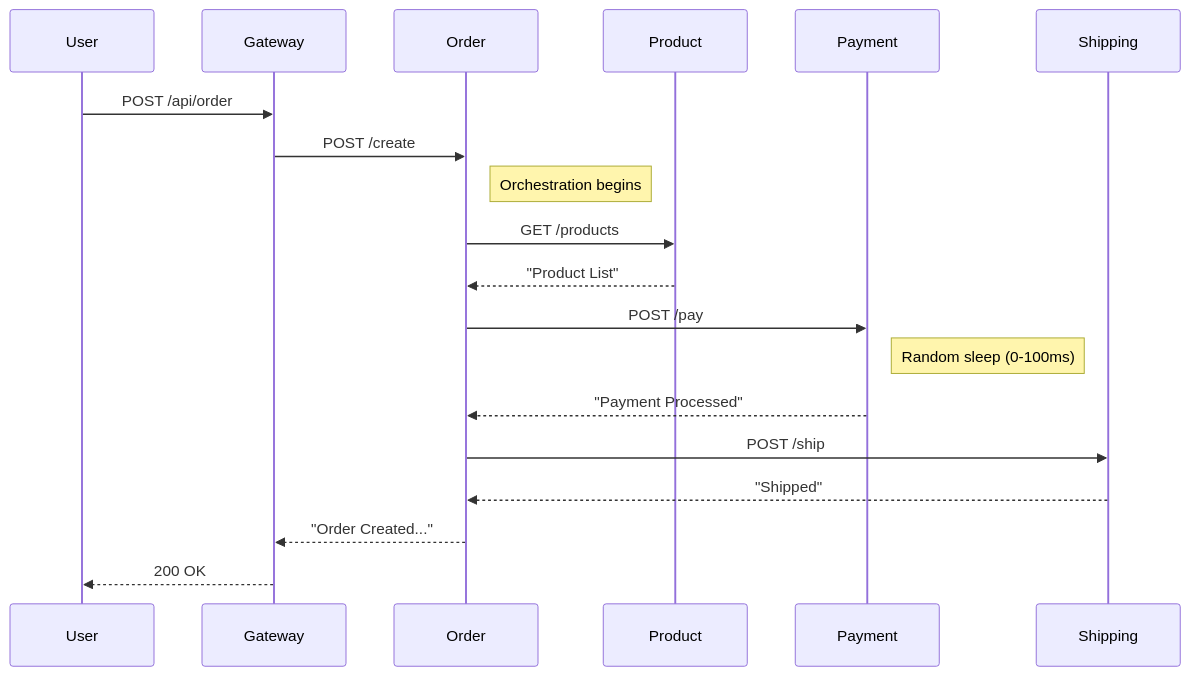
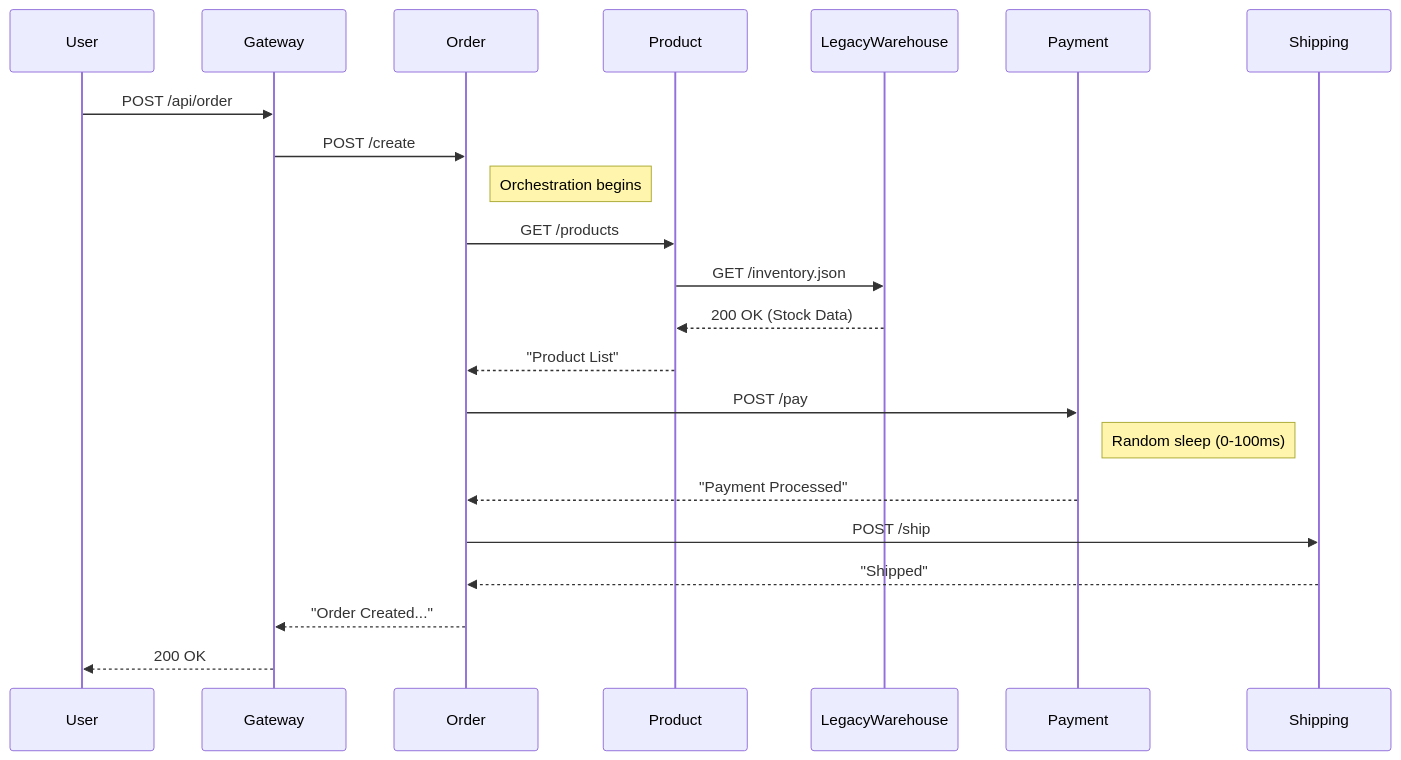
One commit to aantenore/codepulse changed the diagram in docs/GENERATED_TECHNICAL_SPECS.md. Above: the diagram before and after it, drawn with Mermaid. The commit also changed other lines of this file and 4 other files, not shown here.

Commit message:
feat(playground): add legacy-warehouse and black-box analysis demo

````diff
--- a/docs/GENERATED_TECHNICAL_SPECS.md
+++ b/docs/GENERATED_TECHNICAL_SPECS.md
@@ -46,26 +47,29 @@
 ```mermaid
 sequenceDiagram
     participant User
     participant Gateway
     participant Order
     participant Product
+    participant LegacyWarehouse
     participant Payment
     participant Shipping
 
     User->>Gateway: POST /api/order
     Gateway->>Order: POST /create
     
     note right of Order: Orchestration begins
     Order->>Product: GET /products
+    Product->>LegacyWarehouse: GET /inventory.json
+    LegacyWarehouse-->>Product: 200 OK (Stock Data)
     Product-->>Order: "Product List"
     
     Order->>Payment: POST /pay
     note right of Payment: Random sleep (0-100ms)
     Payment-->>Order: "Payment Processed"
     
     Order->>Shipping: POST /ship
     Shipping-->>Order: "Shipped"
     
     Order-->>Gateway: "Order Created..."
     Gateway-->>User: 200 OK
 ```
````
